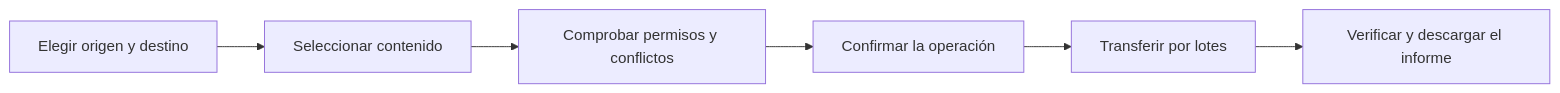
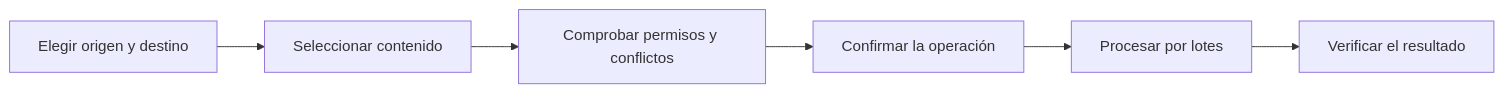
One commit to antoniojesusdelgado/drivetransfer changed the first of 2 diagrams in README.md. Above: the diagram before and after it, drawn with Mermaid. The commit also changed other lines of this file and 5 other files, not shown here.

````diff
--- a/README.md
+++ b/README.md
@@ -49,8 +67,8 @@
 ```mermaid
 flowchart LR
   A[Elegir origen y destino] --> B[Seleccionar contenido]
   B --> C[Comprobar permisos y conflictos]
   C --> D[Confirmar la operación]
-  D --> E[Transferir por lotes]
-  E --> F[Verificar y descargar el informe]
+  D --> E[Procesar por lotes]
+  E --> F[Verificar el resultado]
 ```
````
